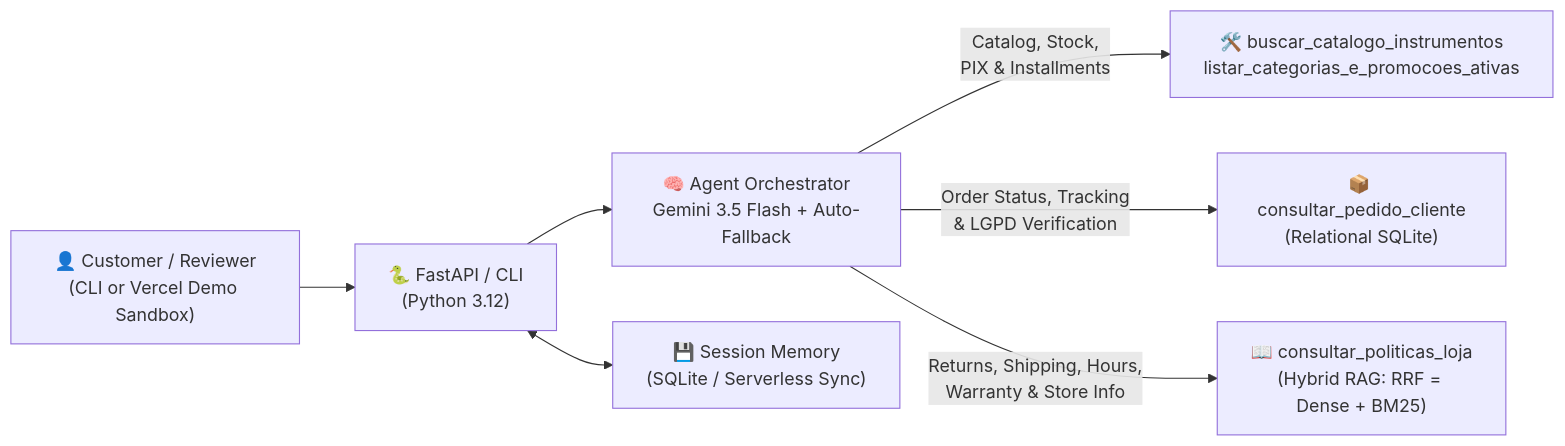
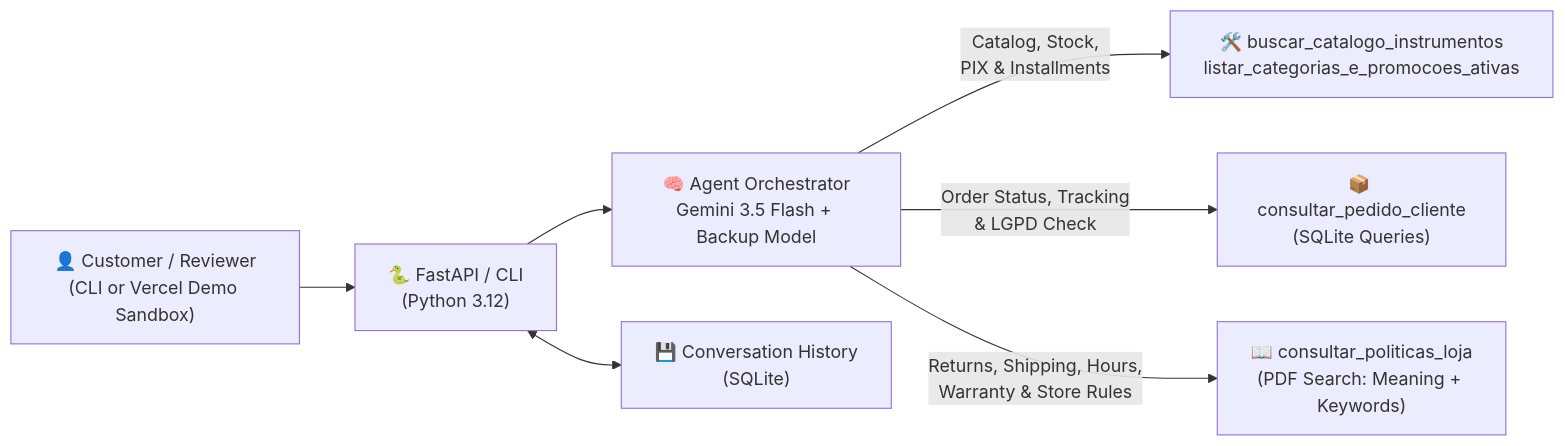
One commit to amandaveloso/emporio-da-musica-agent changed the first of 2 diagrams in README.md. Above: the diagram before and after it, drawn with Mermaid. The commit also changed other lines of this file, not shown here.

````diff
--- a/README.md
+++ b/README.md
@@ -27,10 +27,10 @@
 ```mermaid
 flowchart LR
     C["👤 Customer / Reviewer<br/>(CLI or Vercel Demo Sandbox)"] --> API["🐍 FastAPI / CLI<br/>(Python 3.12)"]
-    API --> AG["🧠 Agent Orchestrator<br/>Gemini 3.5 Flash + Auto-Fallback"]
-    API <--> MEM["💾 Session Memory<br/>(SQLite / Serverless Sync)"]
+    API --> AG["🧠 Agent Orchestrator<br/>Gemini 3.5 Flash + Backup Model"]
+    API <--> MEM["💾 Conversation History<br/>(SQLite)"]
 
     AG -->|"Catalog, Stock,<br/>PIX & Installments"| T1["🛠️ buscar_catalogo_instrumentos<br/>listar_categorias_e_promocoes_ativas"]
-    AG -->|"Order Status, Tracking<br/>& LGPD Verification"| T2["📦 consultar_pedido_cliente<br/>(Relational SQLite)"]
-    AG -->|"Returns, Shipping, Hours,<br/>Warranty & Store Info"| T3["📖 consultar_politicas_loja<br/>(Hybrid RAG: RRF = Dense + BM25)"]
+    AG -->|"Order Status, Tracking<br/>& LGPD Check"| T2["📦 consultar_pedido_cliente<br/>(SQLite Queries)"]
+    AG -->|"Returns, Shipping, Hours,<br/>Warranty & Store Rules"| T3["📖 consultar_politicas_loja<br/>(PDF Search: Meaning + Keywords)"]
 ```
````
